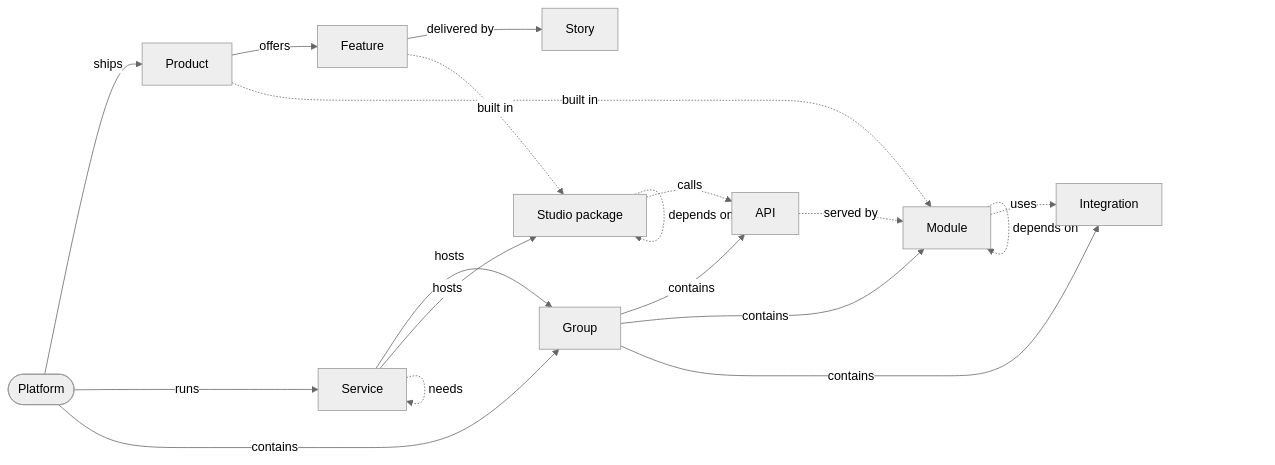
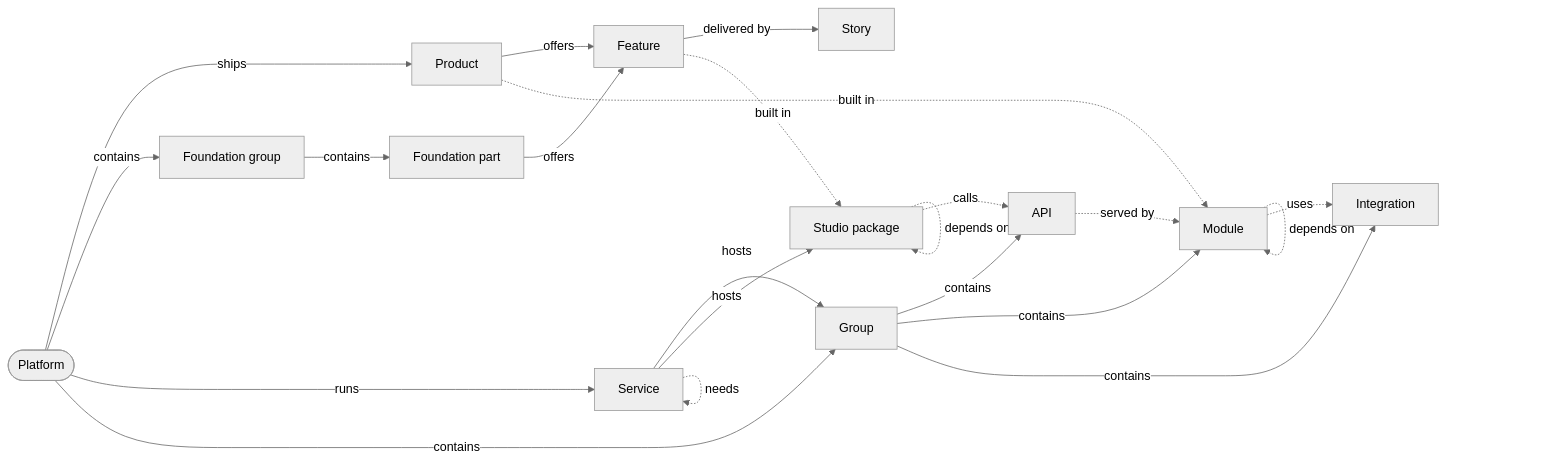
One commit to invana/invana changed the diagram in .claude/skills/platform-map/SKILL.md. Above: the diagram before and after it, drawn with Mermaid (neutral theme). The commit also changed other lines of this file and 1 other file, not shown here.

First line of the commit message:
chore: platform map hangs the foundation under its own group

````diff
--- a/.claude/skills/platform-map/SKILL.md
+++ b/.claude/skills/platform-map/SKILL.md
@@ -23,20 +23,21 @@
 ```mermaid
 flowchart LR
   P([Platform]) -->|ships| PR[Product] -->|offers| F[Feature] -->|delivered by| S[Story]
+  P -->|contains| FG[Foundation group] -->|contains| FP[Foundation part] -->|offers| F
   P -->|runs| SV[Service]
   P -->|contains| G[Group]
   SV -->|hosts| G
   SV -->|hosts| PK[Studio package]
   G -->|contains| A[API]
   G -->|contains| M[Module]
   G -->|contains| I[Integration]
   M -->|has part| M
   PR -.->|built in| M
   F -.->|built in| PK
   PK -.->|calls| A
   PK -.->|depends on| PK
   A -.->|served by| M
   M -.->|depends on| M
   M -.->|uses| I
   SV -.->|needs| SV
 ```
````
